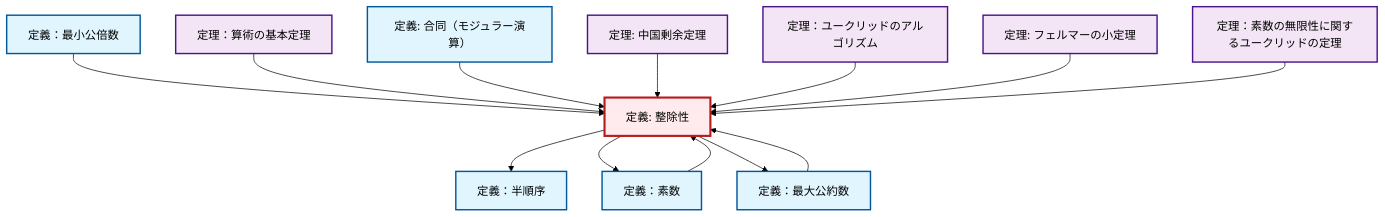
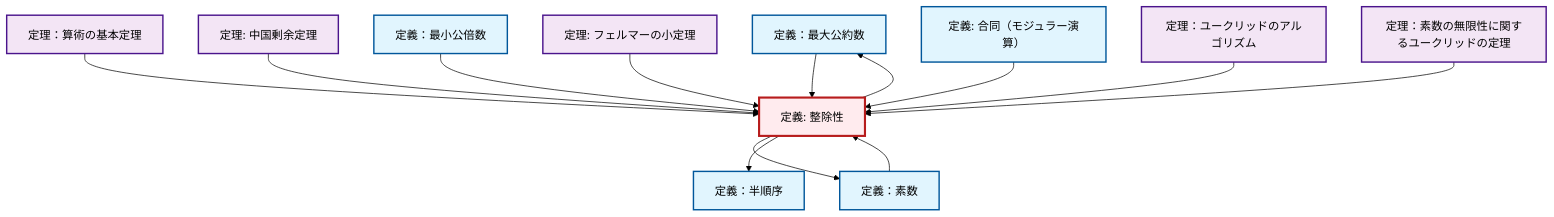
Before and after one commit to RK0429/ModernMath: the diagram in content/ja/number-theory/def-divisibility.qmd, drawn with Mermaid (forest theme). The commit also changed other lines of this file and 1012 other files, not shown here.

````diff
--- a/content/ja/number-theory/def-divisibility.qmd
+++ b/content/ja/number-theory/def-divisibility.qmd
@@ -98,43 +98,43 @@
 ```{mermaid}
 %%| fig-cap: "Local dependency graph"
 graph TD
     classDef definition fill:#e1f5fe,stroke:#01579b,stroke-width:2px
     classDef theorem fill:#f3e5f5,stroke:#4a148c,stroke-width:2px
     classDef axiom fill:#fff3e0,stroke:#e65100,stroke-width:2px
     classDef example fill:#e8f5e9,stroke:#1b5e20,stroke-width:2px
     classDef current fill:#ffebee,stroke:#b71c1c,stroke-width:3px
+    def-gcd["定義：最大公約数"]:::definition
+    thm-chinese-remainder["定理: 中国剰余定理"]:::theorem
     def-congruence["定義: 合同（モジュラー演算）"]:::definition
+    def-lcm["定義：最小公倍数"]:::definition
+    def-partial-order["定義：半順序"]:::definition
+    thm-fundamental-arithmetic["定理：算術の基本定理"]:::theorem
     def-divisibility["定義: 整除性"]:::definition
     thm-euclid-infinitude-primes["定理：素数の無限性に関するユークリッドの定理"]:::theorem
-    thm-fundamental-arithmetic["定理：算術の基本定理"]:::theorem
     thm-euclidean-algorithm["定理：ユークリッドのアルゴリズム"]:::theorem
-    thm-chinese-remainder["定理: 中国剰余定理"]:::theorem
     thm-fermat-little["定理: フェルマーの小定理"]:::theorem
-    def-partial-order["定義：半順序"]:::definition
-    def-gcd["定義：最大公約数"]:::definition
-    def-lcm["定義：最小公倍数"]:::definition
     def-prime["定義：素数"]:::definition
-    def-lcm --> def-divisibility
-    def-divisibility --> def-partial-order
     thm-fundamental-arithmetic --> def-divisibility
     def-divisibility --> def-prime
+    def-divisibility --> def-gcd
+    thm-chinese-remainder --> def-divisibility
+    def-gcd --> def-divisibility
+    def-lcm --> def-divisibility
+    def-prime --> def-divisibility
+    thm-fermat-little --> def-divisibility
     def-congruence --> def-divisibility
-    thm-chinese-remainder --> def-divisibility
+    def-divisibility --> def-partial-order
     thm-euclidean-algorithm --> def-divisibility
-    def-gcd --> def-divisibility
-    thm-fermat-little --> def-divisibility
-    def-prime --> def-divisibility
     thm-euclid-infinitude-primes --> def-divisibility
-    def-divisibility --> def-gcd
     class def-divisibility current
+    click def-gcd "def-gcd.html" "定義：最大公約数へ"
+    click thm-chinese-remainder "thm-chinese-remainder.html" "中国剰余定理の定理へ"
     click def-congruence "def-congruence.html" "合同（モジュラー演算）の定義へ"
+    click def-lcm "def-lcm.html" "定義：最小公倍数へ"
+    click def-partial-order "def-partial-order.html" "定義：半順序へ"
+    click thm-fundamental-arithmetic "thm-fundamental-arithmetic.html" "定理：算術の基本定理へ"
     click thm-euclid-infinitude-primes "thm-euclid-infinitude-primes.html" "定理：素数の無限性に関するユークリッドの定理へ"
-    click thm-fundamental-arithmetic "thm-fundamental-arithmetic.html" "定理：算術の基本定理へ"
     click thm-euclidean-algorithm "thm-euclidean-algorithm.html" "定理：ユークリッドのアルゴリズムへ"
-    click thm-chinese-remainder "thm-chinese-remainder.html" "中国剰余定理の定理へ"
     click thm-fermat-little "thm-fermat-little.html" "フェルマーの小定理の定理へ"
-    click def-partial-order "def-partial-order.html" "定義：半順序へ"
-    click def-gcd "def-gcd.html" "定義：最大公約数へ"
-    click def-lcm "def-lcm.html" "定義：最小公倍数へ"
     click def-prime "def-prime.html" "定義：素数へ"
 ```
````
